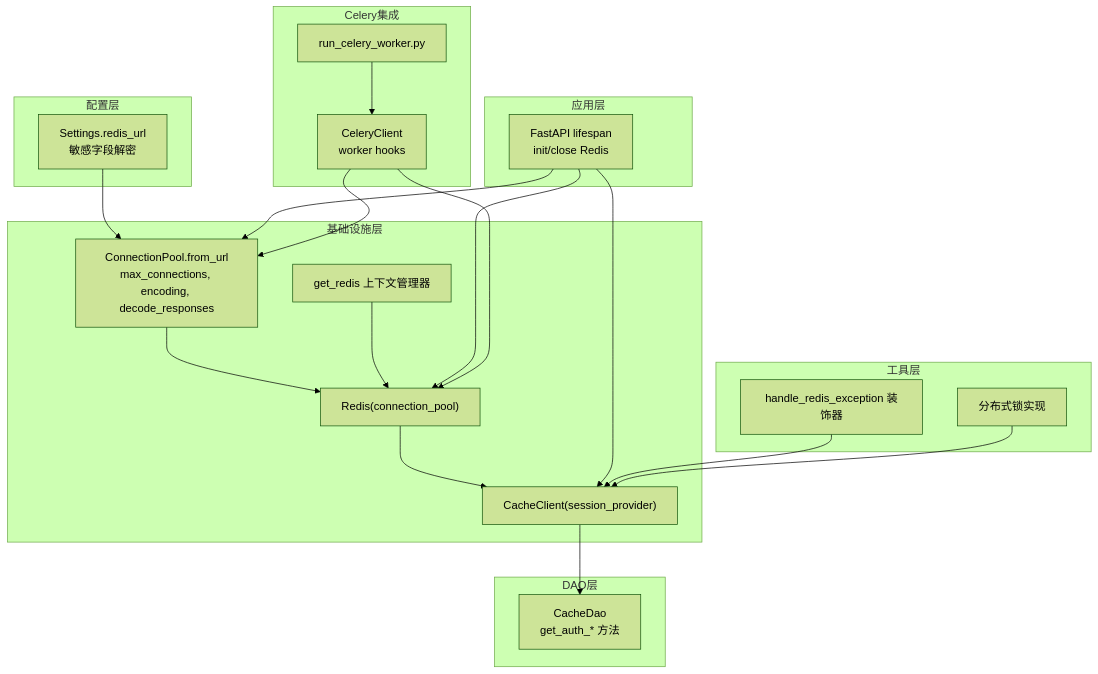
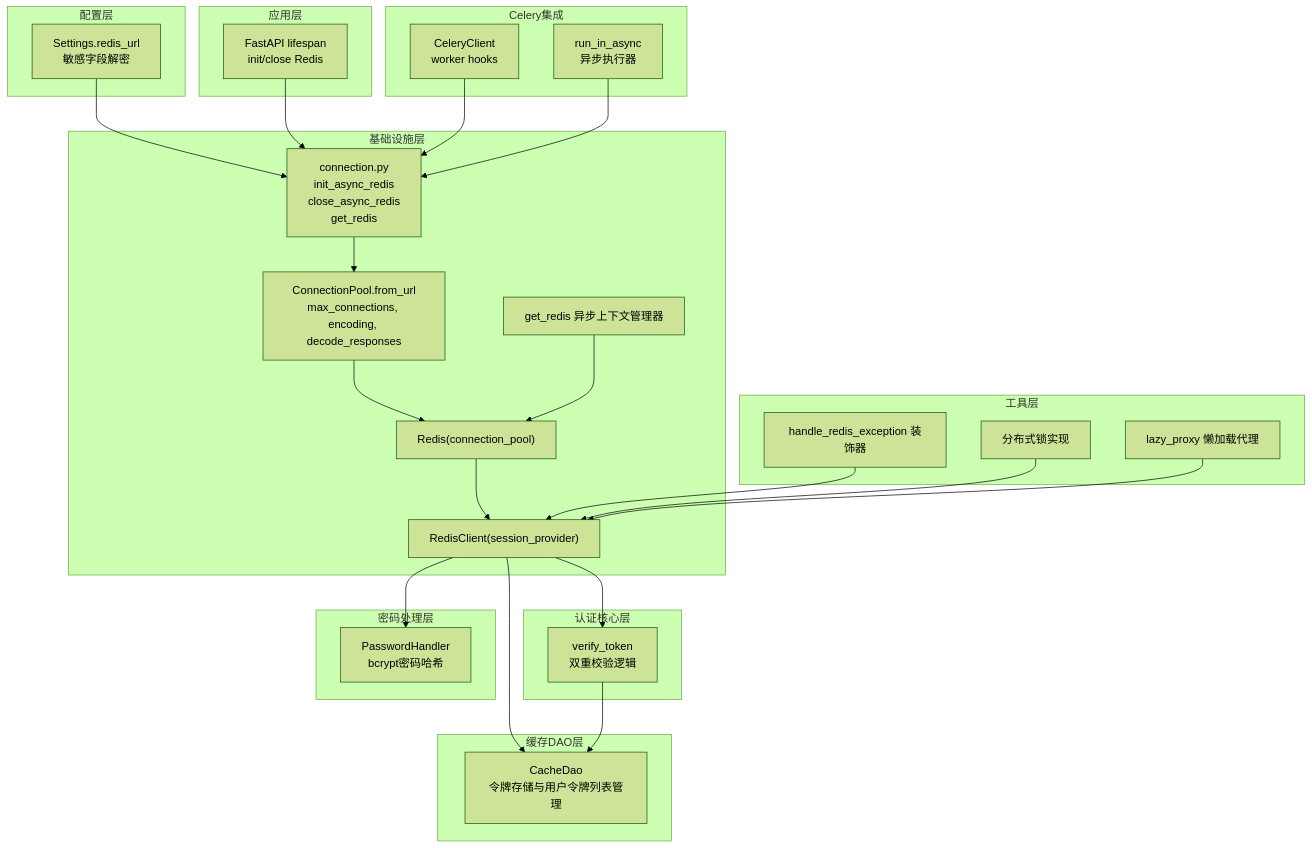
Before and after one commit to lilinzezzzzzz/fastapi-backend: the first of 10 diagrams in .qoder/repowiki/zh/content/缓存系统/Redis集成.md, drawn with Mermaid (forest theme). The commit also changed other lines of this file and 38 other files, not shown here.

````diff
--- a/.qoder/repowiki/zh/content/缓存系统/Redis集成.md
+++ b/.qoder/repowiki/zh/content/缓存系统/Redis集成.md
@@ -42,39 +51,49 @@
 ```mermaid
 graph TB
 subgraph "配置层"
 CFG["Settings.redis_url<br/>敏感字段解密"]
 end
 subgraph "基础设施层"
+CONN["connection.py<br/>init_async_redis<br/>close_async_redis<br/>get_redis"]
 POOL["ConnectionPool.from_url<br/>max_connections, encoding, decode_responses"]
 CLIENT["Redis(connection_pool)"]
-CTX["get_redis 上下文管理器"]
-CACHE["CacheClient(session_provider)"]
+CTX["get_redis 异步上下文管理器"]
+CACHE["RedisClient(session_provider)"]
 end
 subgraph "工具层"
 DEC["handle_redis_exception 装饰器"]
 LOCK["分布式锁实现"]
+LAZY["lazy_proxy 懒加载代理"]
 end
-subgraph "DAO层"
-DAO["CacheDao<br/>get_auth_* 方法"]
+subgraph "缓存DAO层"
+CACHE_DAO["CacheDao<br/>令牌存储与用户令牌列表管理"]
+end
+subgraph "认证核心层"
+AUTH_CORE["verify_token<br/>双重校验逻辑"]
+end
+subgraph "密码处理层"
+PWD_HANDLER["PasswordHandler<br/>bcrypt密码哈希"]
 end
 subgraph "应用层"
 LIFE["FastAPI lifespan<br/>init/close Redis"]
 end
 subgraph "Celery集成"
 CEL["CeleryClient<br/>worker hooks"]
-RUN["run_celery_worker.py"]
+RUN["run_in_async<br/>异步执行器"]
 end
-CFG --> POOL
+CFG --> CONN
+CONN --> POOL
 POOL --> CLIENT
 CLIENT --> CACHE
 CTX --> CLIENT
-CACHE --> DAO
-LIFE --> POOL
-LIFE --> CLIENT
-LIFE --> CACHE
-CEL --> POOL
-CEL --> CLIENT
-RUN --> CEL
+CACHE --> CACHE_DAO
+CACHE --> AUTH_CORE
+CACHE --> PWD_HANDLER
+AUTH_CORE --> CACHE_DAO
+LIFE --> CONN
+CEL --> CONN
+RUN --> CONN
 DEC --> CACHE
 LOCK --> CACHE
+LAZY --> CACHE
 ```
````
